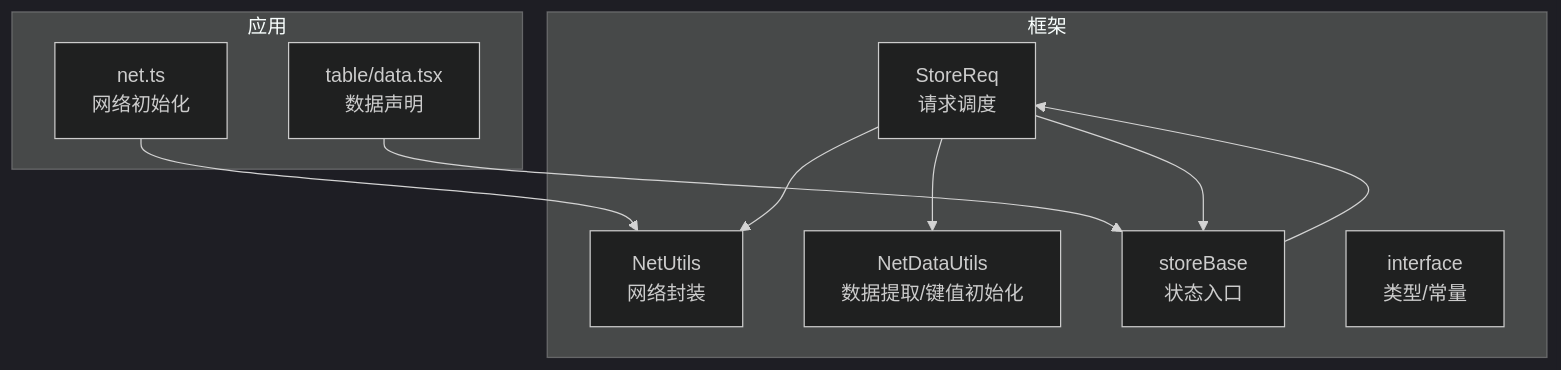
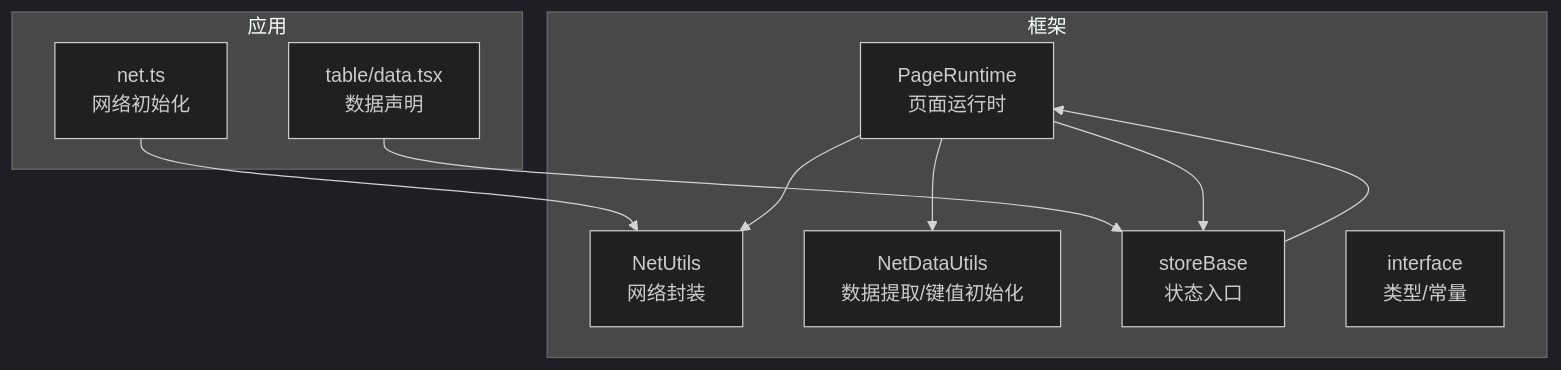
Before and after one commit to liqiongke/FrontArk: the first of 6 diagrams in .qoder/repowiki/zh/content/数据管理/数据同步.md, drawn with Mermaid (dark theme). The commit also changed other lines of this file and 19 other files, not shown here.

````diff
--- a/.qoder/repowiki/zh/content/数据管理/数据同步.md
+++ b/.qoder/repowiki/zh/content/数据管理/数据同步.md
@@ -41,20 +54,20 @@
 ```mermaid
 graph TB
 subgraph "框架"
-A["StoreReq<br/>请求调度"]
+A["PageRuntime<br/>页面运行时"]
 B["NetUtils<br/>网络封装"]
 C["NetDataUtils<br/>数据提取/键值初始化"]
 D["storeBase<br/>状态入口"]
 E["interface<br/>类型/常量"]
 end
 subgraph "应用"
 F["net.ts<br/>网络初始化"]
 G["table/data.tsx<br/>数据声明"]
 end
 F --> B
 G --> D
 D --> A
 A --> B
 A --> C
 A --> D
 ```
````
